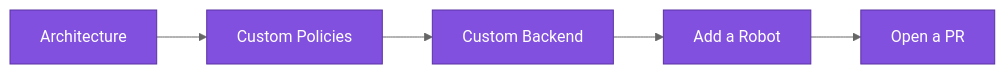
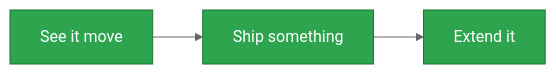
The diagram in docs/learning-path.md (cagataycali/robots), drawn with Mermaid (neutral theme) before and after one commit. The commit also changed other lines of this file and 6 other files, not shown here.

First line of the commit message:
docs: humanize entry pages, fix all mermaid diagrams

````diff
--- a/docs/learning-path.md
+++ b/docs/learning-path.md
@@ -51,9 +9,6 @@
 ```mermaid
 graph LR
-    A[Architecture] --> B[Custom Policies]
-    B --> C[Custom Backend]
-    C --> D[Add a Robot]
-    D --> E[Open a PR]
-    classDef step fill:#8250df,stroke:#5a32a3,color:#fff
-    class A,B,C,D,E step
+    A[See it move] --> B[Ship something] --> C[Extend it]
+    classDef a fill:#2ea44f,stroke:#1b7735,color:#fff
+    class A,B,C a
 ```
````
